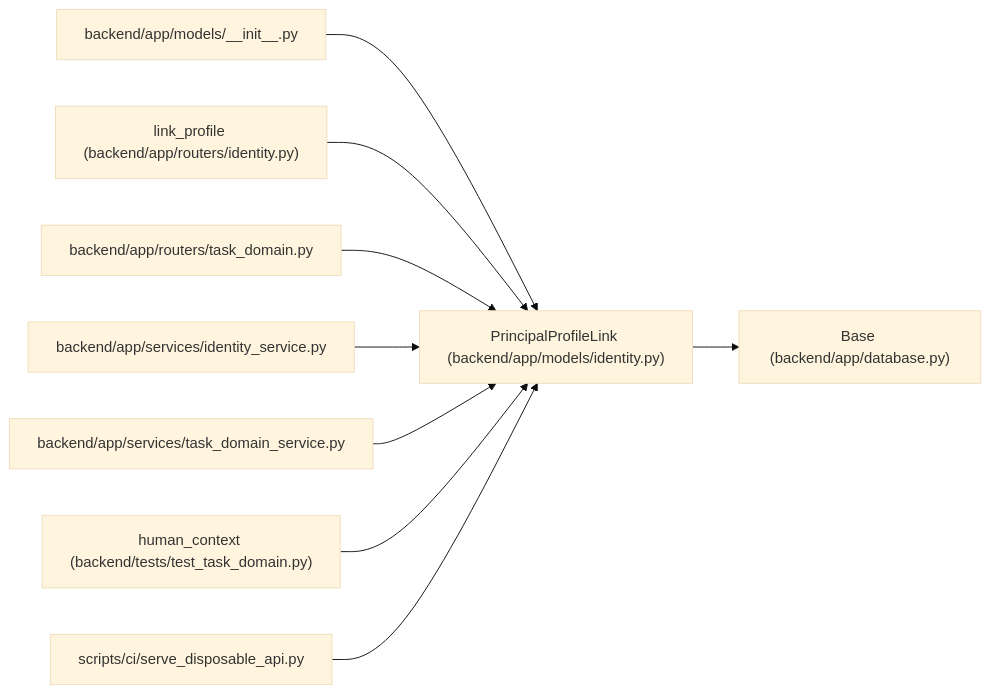
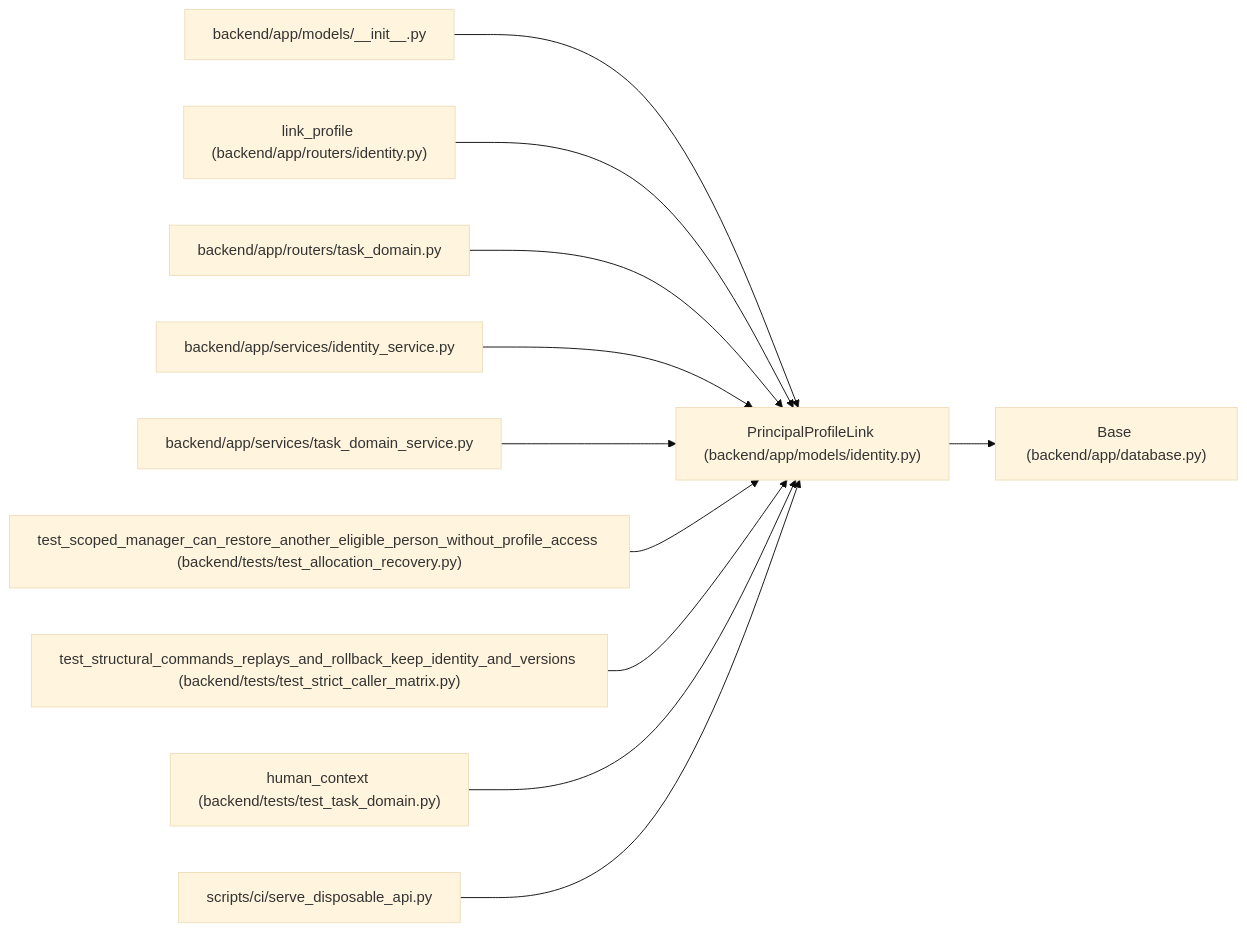
The diagram in docs/llm_wiki/entities/PrincipalProfileLink.md (Denissvgn/WorkChord), drawn with Mermaid (base theme) before and after one commit. The commit also changed other lines of this file and 10148 other files, not shown here.

First line of the commit message:
Harden identity, planning concurrency, and recovery (#11)

````diff
--- a/docs/llm_wiki/entities/PrincipalProfileLink.md
+++ b/docs/llm_wiki/entities/PrincipalProfileLink.md
@@ -28,29 +28,35 @@
 ```mermaid
 flowchart LR
     n0["PrincipalProfileLink (backend/app/models/identity.py)"]
     n1["Base (backend/app/database.py)"]
     n2["backend/app/models/__init__.py"]
     n3["link_profile (backend/app/routers/identity.py)"]
     n4["backend/app/routers/task_domain.py"]
     n5["backend/app/services/identity_service.py"]
     n6["backend/app/services/task_domain_service.py"]
-    n7["human_context (backend/tests/test_task_domain.py)"]
-    n8["scripts/ci/serve_disposable_api.py"]
+    n7["test_scoped_manager_can_restore_another_eligible_person_without_profile_access (backend/tests/test_allocation_recovery.py)"]
+    n8["test_structural_commands_replays_and_rollback_keep_identity_and_versions (backend/tests/test_strict_caller_matrix.py)"]
+    n9["human_context (backend/tests/test_task_domain.py)"]
+    n10["scripts/ci/serve_disposable_api.py"]
     n0 --> n1
     n2 --> n0
     n3 --> n0
     n4 --> n0
     n5 --> n0
     n6 --> n0
     n7 --> n0
     n8 --> n0
+    n9 --> n0
+    n10 --> n0
     click n0 "../modules/models_identity.md"
     click n1 "../modules/app_database.md"
     click n2 "../modules/models___init__.md"
     click n3 "../modules/routers_identity.md"
     click n4 "../modules/routers_task_domain.md"
     click n5 "../modules/identity_service.md"
     click n6 "../modules/task_domain_service.md"
-    click n7 "../modules/test_task_domain.md"
-    click n8 "../modules/serve_disposable_api.md"
+    click n7 "../modules/test_allocation_recovery.md"
+    click n8 "../modules/test_strict_caller_matrix.md"
+    click n9 "../modules/test_task_domain.md"
+    click n10 "../modules/serve_disposable_api.md"
 ```
````
